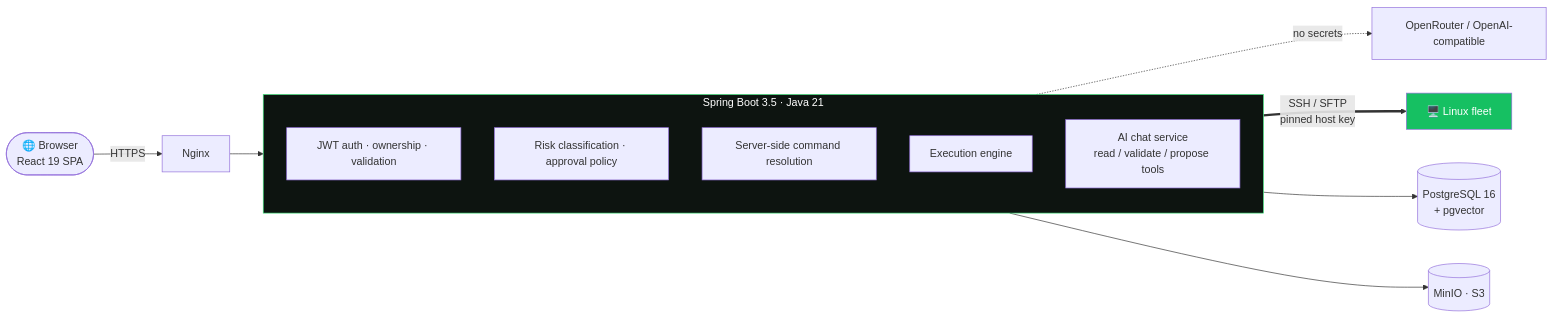
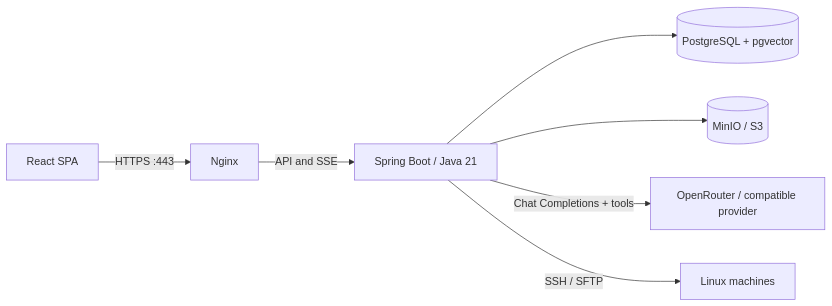
Before and after one commit to ilayadmoni/AutoOps: the diagram in README.md, drawn with Mermaid. The commit also changed other lines of this file and 34 other files, not shown here.

````diff
--- a/README.md
+++ b/README.md
@@ -121,22 +144,9 @@
 ```mermaid
-graph LR
-    B([🌐 Browser<br/>React 19 SPA]) -->|HTTPS| N[Nginx]
-    N --> A
-
-    subgraph A[Spring Boot 3.5 · Java 21]
-        direction TB
-        SEC[JWT auth · ownership · validation]
-        RISK[Risk classification · approval policy]
-        RES[Server-side command resolution]
-        ENG[Execution engine]
-        AI[AI chat service<br/>read / validate / propose tools]
-    end
-
-    A --> PG[(PostgreSQL 16<br/>+ pgvector)]
-    A --> S3[(MinIO · S3)]
-    AI -.->|no secrets| LLM[OpenRouter / OpenAI-compatible]
-    ENG ==>|SSH / SFTP<br/>pinned host key| R[🖥️ Linux fleet]
-
-    style A fill:#0d1410,stroke:#3ee27a,color:#fff
-    style R fill:#16c062,color:#fff
+flowchart LR
+    Browser[React SPA] -->|HTTPS :443| Nginx
+    Nginx -->|API and SSE| Backend[Spring Boot / Java 21]
+    Backend --> DB[(PostgreSQL + pgvector)]
+    Backend --> Files[(MinIO / S3)]
+    Backend -->|Chat Completions + tools| AI[OpenRouter / compatible provider]
+    Backend -->|SSH / SFTP| Fleet[Linux machines]
 ```
````
